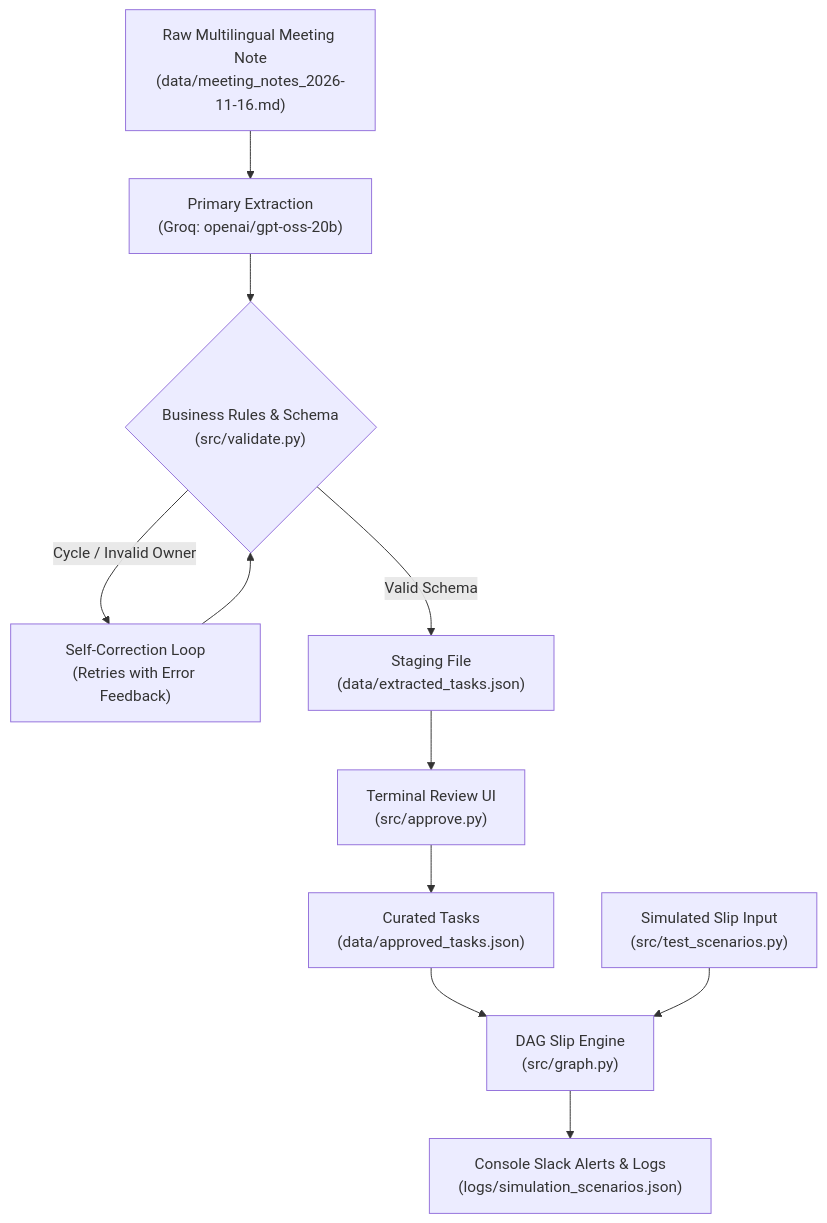
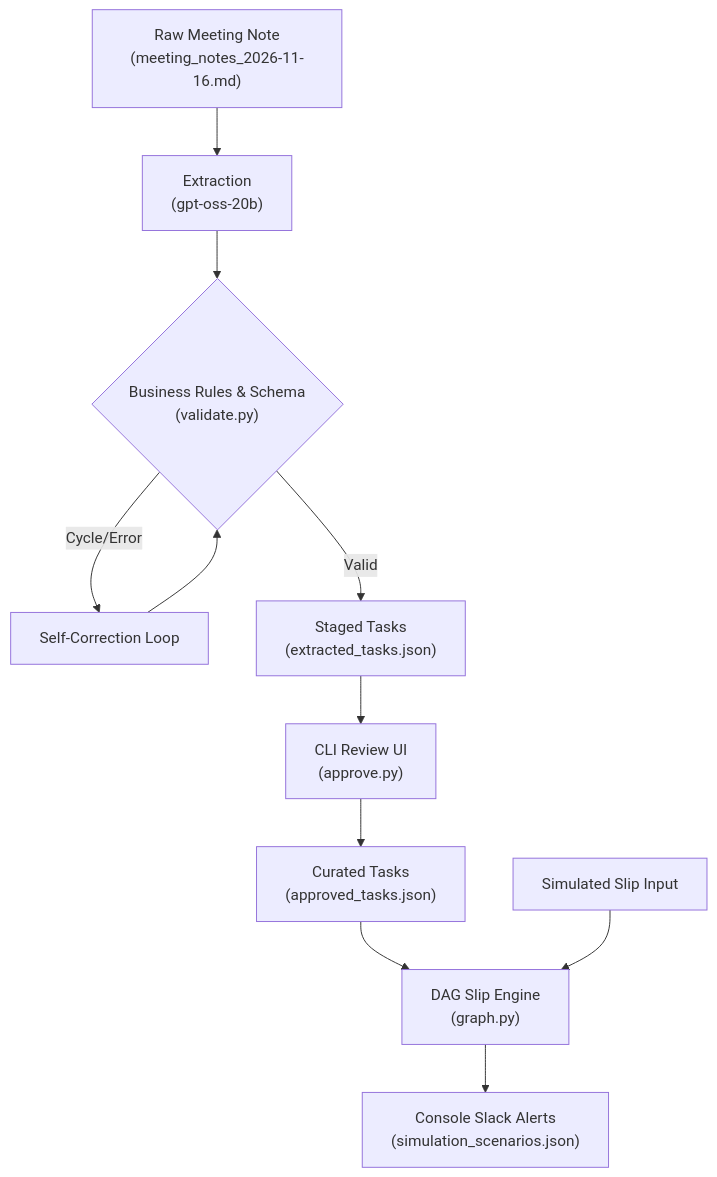
The second of 2 diagrams in BUILD_PLAN.md (srijantelang-work/product), drawn with Mermaid before and after one commit. The commit also changed other lines of this file and 1 other file, not shown here.

````diff
--- a/BUILD_PLAN.md
+++ b/BUILD_PLAN.md
@@ -86,13 +94,13 @@
 ```mermaid
 flowchart TD
-    A["Raw Multilingual Meeting Note<br/>(data/meeting_notes_2026-11-16.md)"] --> B["Primary Extraction<br/>(Groq: openai/gpt-oss-20b)"]
-    B --> C{"Business Rules & Schema<br/>(src/validate.py)"}
-    C -- "Cycle / Invalid Owner" --> D["Self-Correction Loop<br/>(Retries with Error Feedback)"]
+    A["Raw Meeting Note<br/>(meeting_notes_2026-11-16.md)"] --> B["Extraction<br/>(gpt-oss-20b)"]
+    B --> C{"Business Rules & Schema<br/>(validate.py)"}
+    C -- "Cycle/Error" --> D["Self-Correction Loop"]
     D --> C
-    C -- "Valid Schema" --> E["Staging File<br/>(data/extracted_tasks.json)"]
-    E --> F["Terminal Review UI<br/>(src/approve.py)"]
-    F --> G["Curated Tasks<br/>(data/approved_tasks.json)"]
-    G --> H["DAG Slip Engine<br/>(src/graph.py)"]
-    I["Simulated Slip Input<br/>(src/test_scenarios.py)"] --> H
-    H --> J["Console Slack Alerts & Logs<br/>(logs/simulation_scenarios.json)"]
+    C -- "Valid" --> E["Staged Tasks<br/>(extracted_tasks.json)"]
+    E --> F["CLI Review UI<br/>(approve.py)"]
+    F --> G["Curated Tasks<br/>(approved_tasks.json)"]
+    G --> H["DAG Slip Engine<br/>(graph.py)"]
+    I["Simulated Slip Input"] --> H
+    H --> J["Console Slack Alerts<br/>(simulation_scenarios.json)"]
 ```
````
